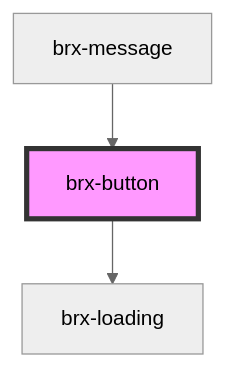
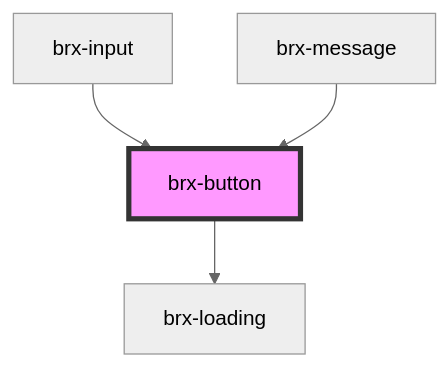
Before and after one commit to copperui/copperui: the diagram in packages/core/src/components/brx-button/readme.md, drawn with Mermaid (neutral theme). The commit also changed other lines of this file and 76 other files, not shown here.

````diff
--- a/packages/core/src/components/brx-button/readme.md
+++ b/packages/core/src/components/brx-button/readme.md
@@ -51,6 +50,7 @@
 ```mermaid
 graph TD;
   brx-button --> brx-loading
+  brx-input --> brx-button
   brx-message --> brx-button
   style brx-button fill:#f9f,stroke:#333,stroke-width:4px
 ```
````
